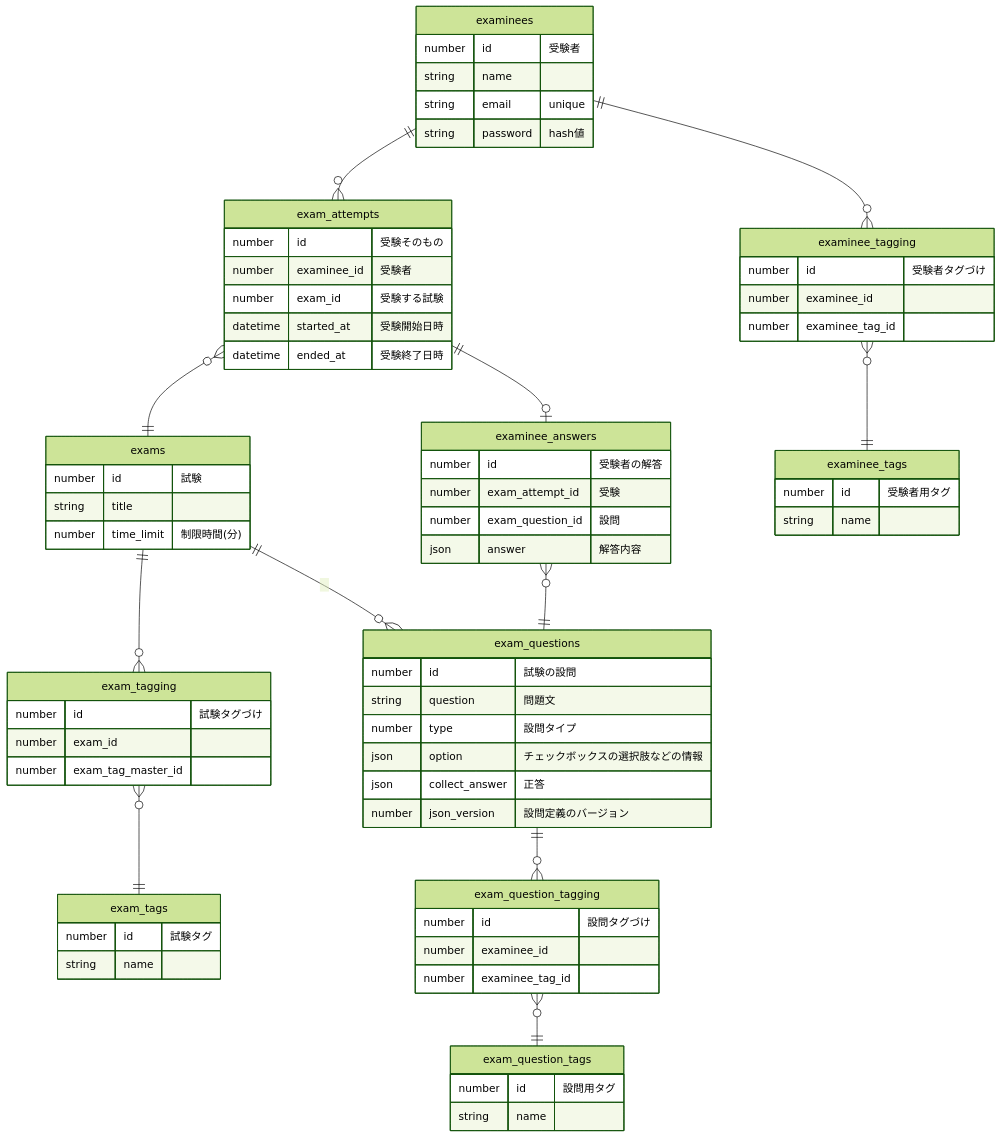
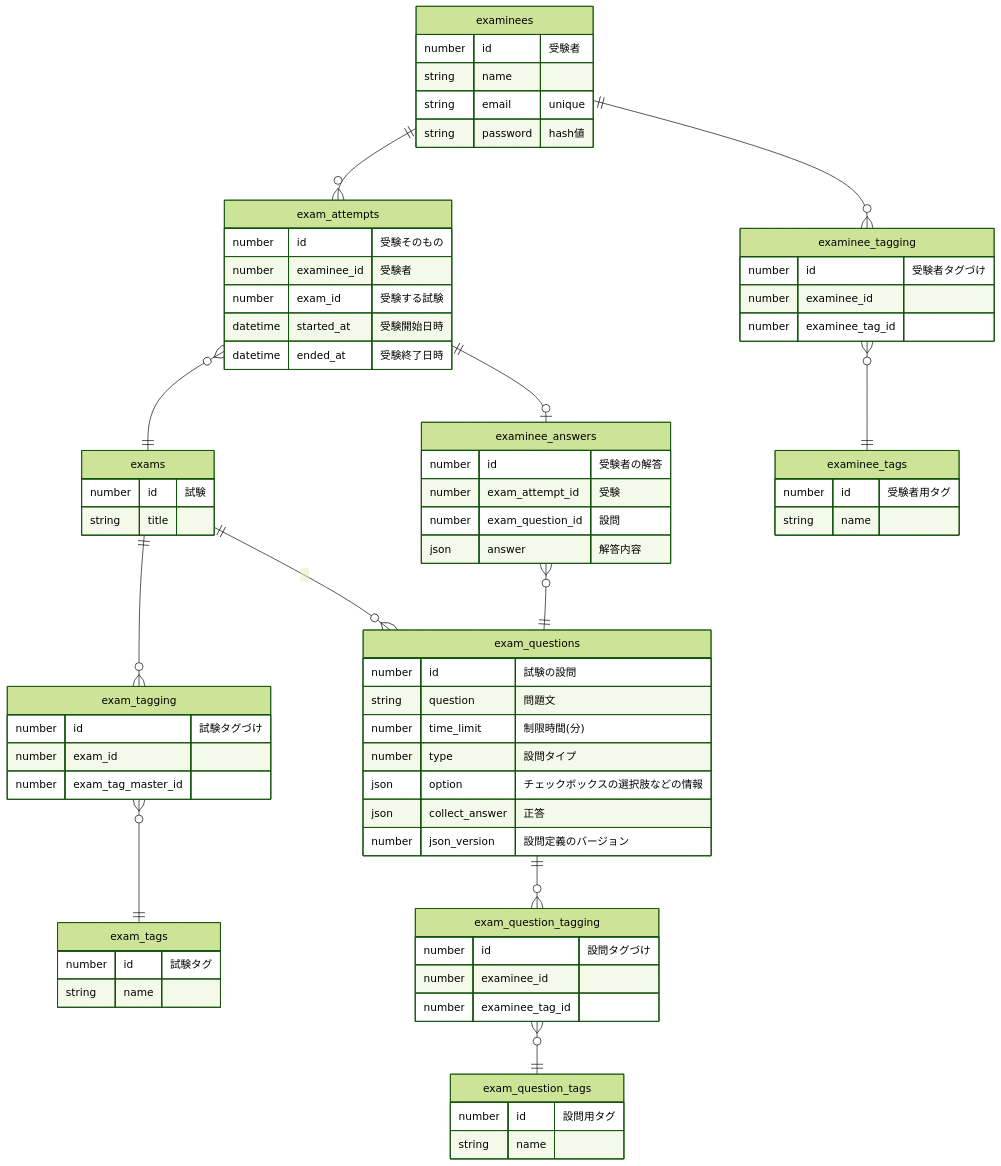
One commit to Nagisa-Ishikawa/AptitudeQuizMaster changed the diagram in doc/設計_ER図.md. Above: the diagram before and after it, drawn with Mermaid (forest theme). The commit also changed other lines of this file and 13 other files, not shown here.

````diff
--- a/doc/設計_ER図.md
+++ b/doc/設計_ER図.md
@@ -13,79 +13,79 @@
 ```mermaid
 erDiagram
 
 examinees {
 	number id "受験者"
 	string name
 	string email "unique"
 	string password "hash値"
 }
 exam_attempts{
 	number id "受験そのもの"
 	number examinee_id "受験者"
 	number exam_id "受験する試験"
 	datetime started_at "受験開始日時"
 	datetime ended_at "受験終了日時"
 }
 examinee_answers {
 	number id "受験者の解答"
 	number exam_attempt_id "受験"
 	number exam_question_id "設問"
 	json answer "解答内容"
 }
 
 exams {
 	number id "試験"
 	string title
-	number time_limit "制限時間(分)"
 }
 exam_questions {
 	number id "試験の設問"
 	string question "問題文"
+	number time_limit "制限時間(分)"
 	number type "設問タイプ"
 	json option "チェックボックスの選択肢などの情報"
 	json collect_answer "正答"
 	number json_version "設問定義のバージョン"
 }
 
 examinee_tagging {
 	number id "受験者タグづけ"
 	number examinee_id
 	number examinee_tag_id
 }
 examinee_tags {
 	number id "受験者用タグ"
 	string name
 }
 exam_tagging {
 	number id "試験タグづけ"
 	number exam_id
 	number exam_tag_master_id
 }
 exam_tags {
 	number id "試験タグ"
 	string name
 }
 exam_question_tagging {
 	number id "設問タグづけ"
 	number examinee_id
 	number examinee_tag_id
 }
 exam_question_tags {
 	number id "設問用タグ"
 	string name
 }
 
 examinees ||--o{ exam_attempts : ""
 exam_attempts ||--o| examinee_answers: ""
 exam_attempts }o--|| exams: ""
 exams ||--o{ exam_questions : "　"
 examinee_answers }o--|| exam_questions : ""
 
 examinees ||--o{ examinee_tagging : ""
 examinee_tagging }o--|| examinee_tags : ""
 exams ||--o{ exam_tagging : ""
 exam_tagging }o--|| exam_tags : ""
 exam_questions ||--o{ exam_question_tagging : ""
 exam_question_tagging }o--|| exam_question_tags : ""
 
 ```
````
